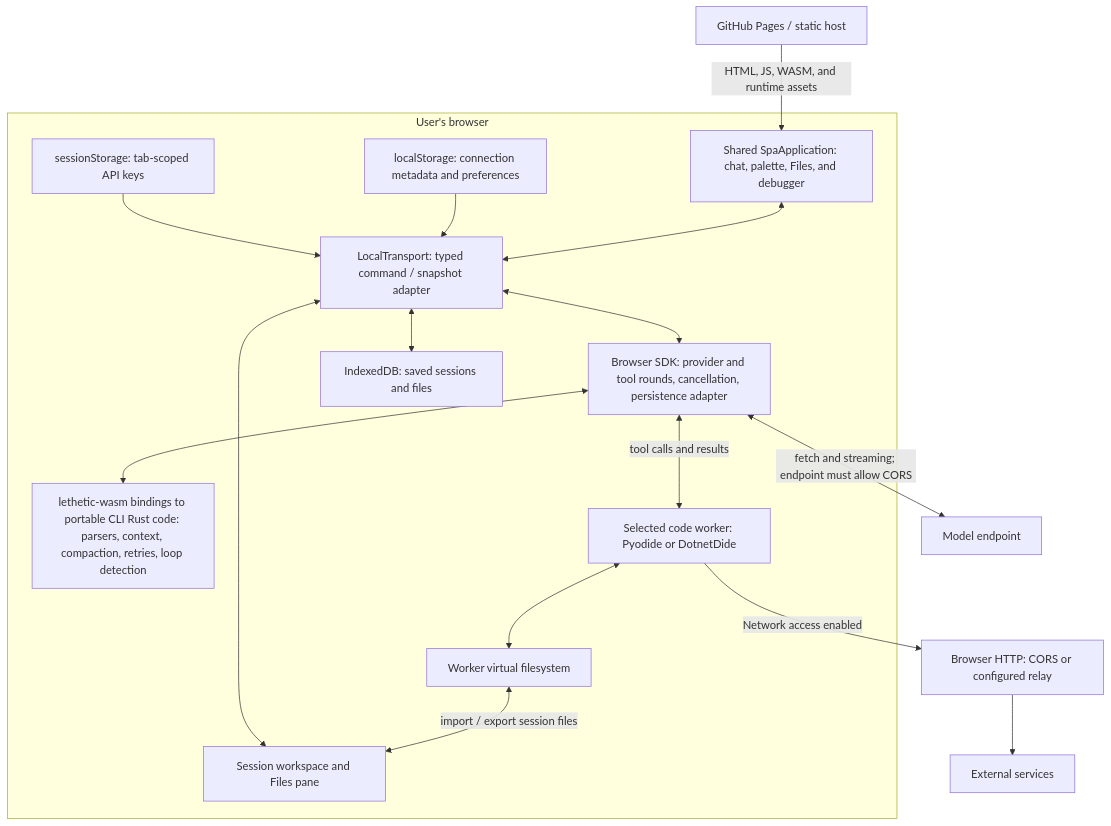
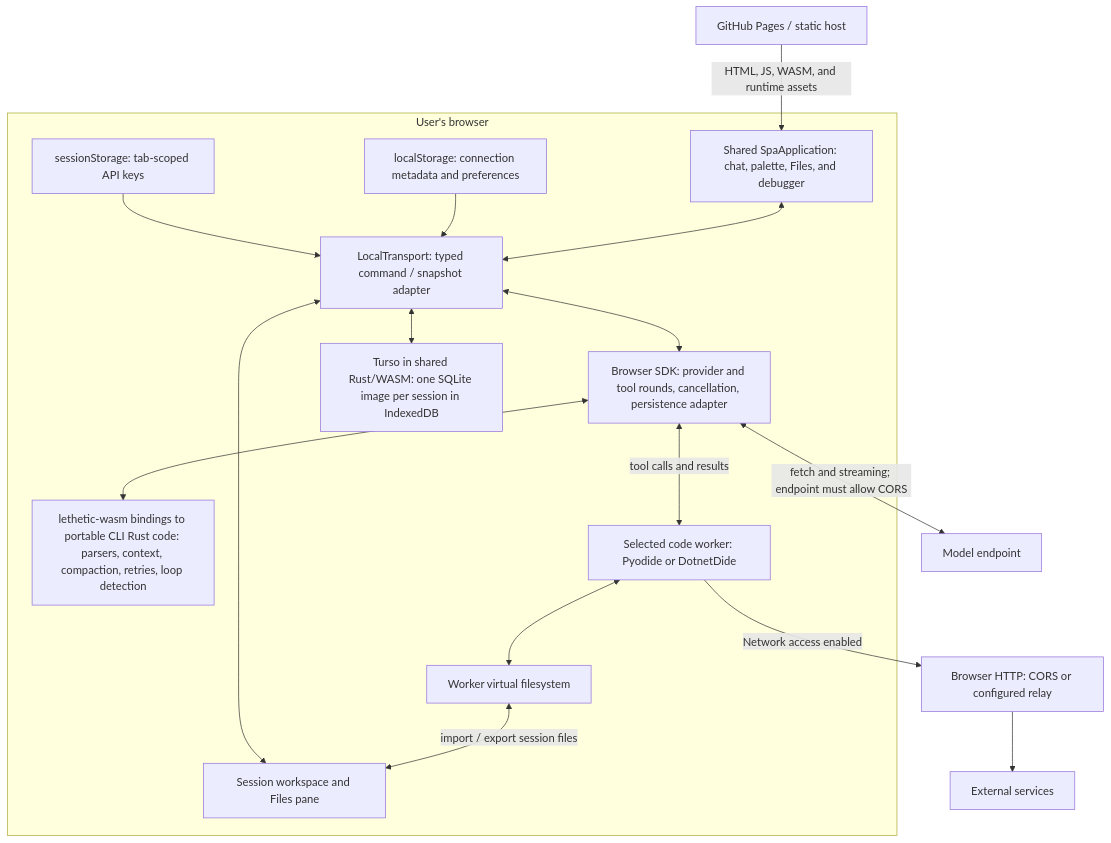
One commit to maxfridbe/lethetic changed the fifth of 6 diagrams in docs/architecture.md. Above: the diagram before and after it, drawn with Mermaid. The commit also changed other lines of this file and 53 other files, not shown here.

Commit message:
Embed Turso with normalized per-session native and WASM storage

````diff
--- a/docs/architecture.md
+++ b/docs/architecture.md
@@ -156,29 +156,29 @@
 ```mermaid
 flowchart TD
     Static["GitHub Pages / static host"] -->|"HTML, JS, WASM, and runtime assets"| UI
     subgraph Browser["User's browser"]
         UI["Shared SpaApplication: chat, palette, Files, and debugger"]
         Local["LocalTransport: typed command / snapshot adapter"]
         SDK["Browser SDK: provider and tool rounds, cancellation, persistence adapter"]
         Rust["lethetic-wasm bindings to portable CLI Rust code: parsers, context, compaction, retries, loop detection"]
         Workers["Selected code worker: Pyodide or DotnetDide"]
         VFS["Worker virtual filesystem"]
         Workspace["Session workspace and Files pane"]
-        Sessions["IndexedDB: saved sessions and files"]
+        Sessions["Turso in shared Rust/WASM: one SQLite image per session in IndexedDB"]
         Preferences["localStorage: connection metadata and preferences"]
         Keys["sessionStorage: tab-scoped API keys"]
         UI <--> Local
         Local <--> SDK
         SDK <--> Rust
         SDK <-->|"tool calls and results"| Workers
         Workers <--> VFS
         VFS <-->|"import / export session files"| Workspace
         Local <--> Workspace
         Local <--> Sessions
         Preferences --> Local
         Keys --> Local
     end
     SDK <-->|"fetch and streaming; endpoint must allow CORS"| Provider["Model endpoint"]
     Workers -->|"Network access enabled"| HTTP["Browser HTTP: CORS or configured relay"]
     HTTP --> Services["External services"]
 ```
````
